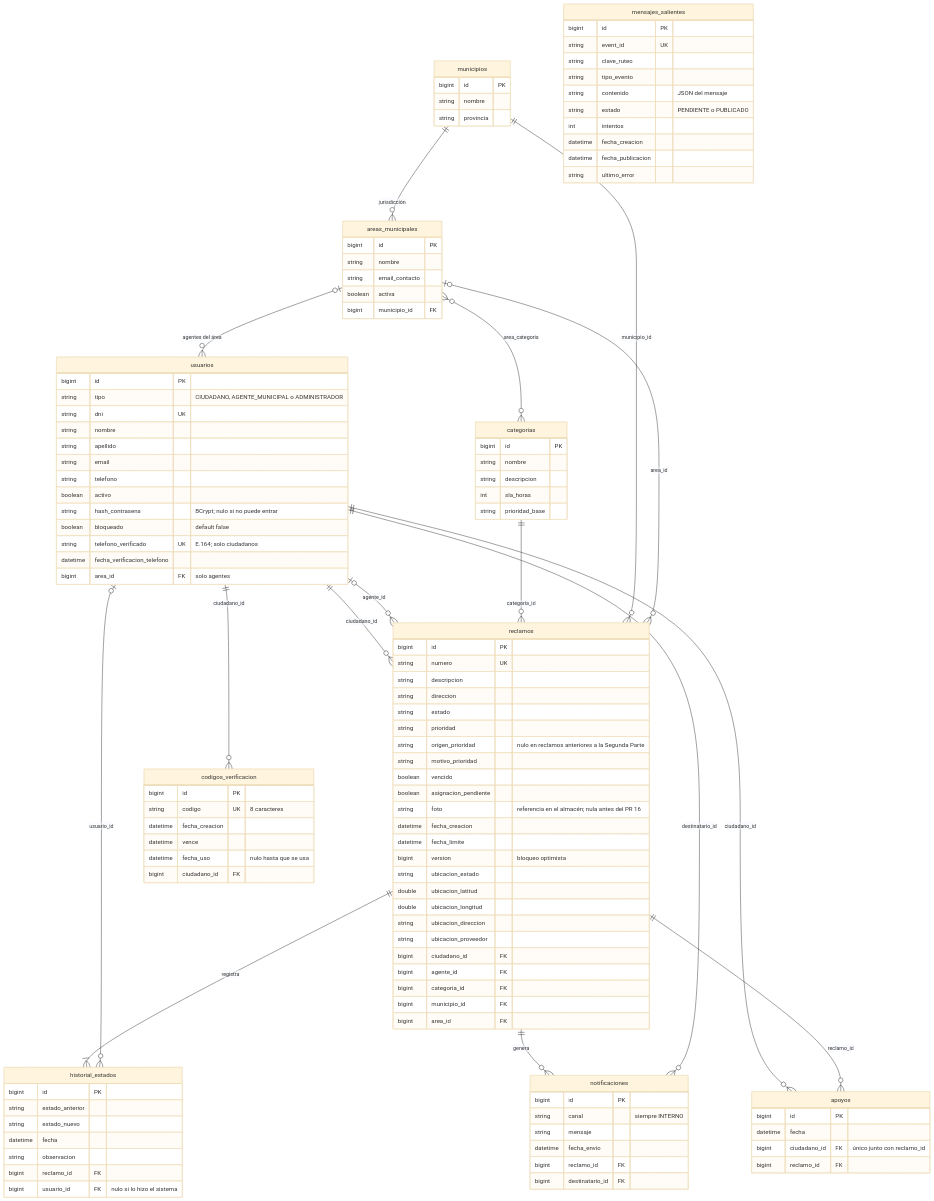
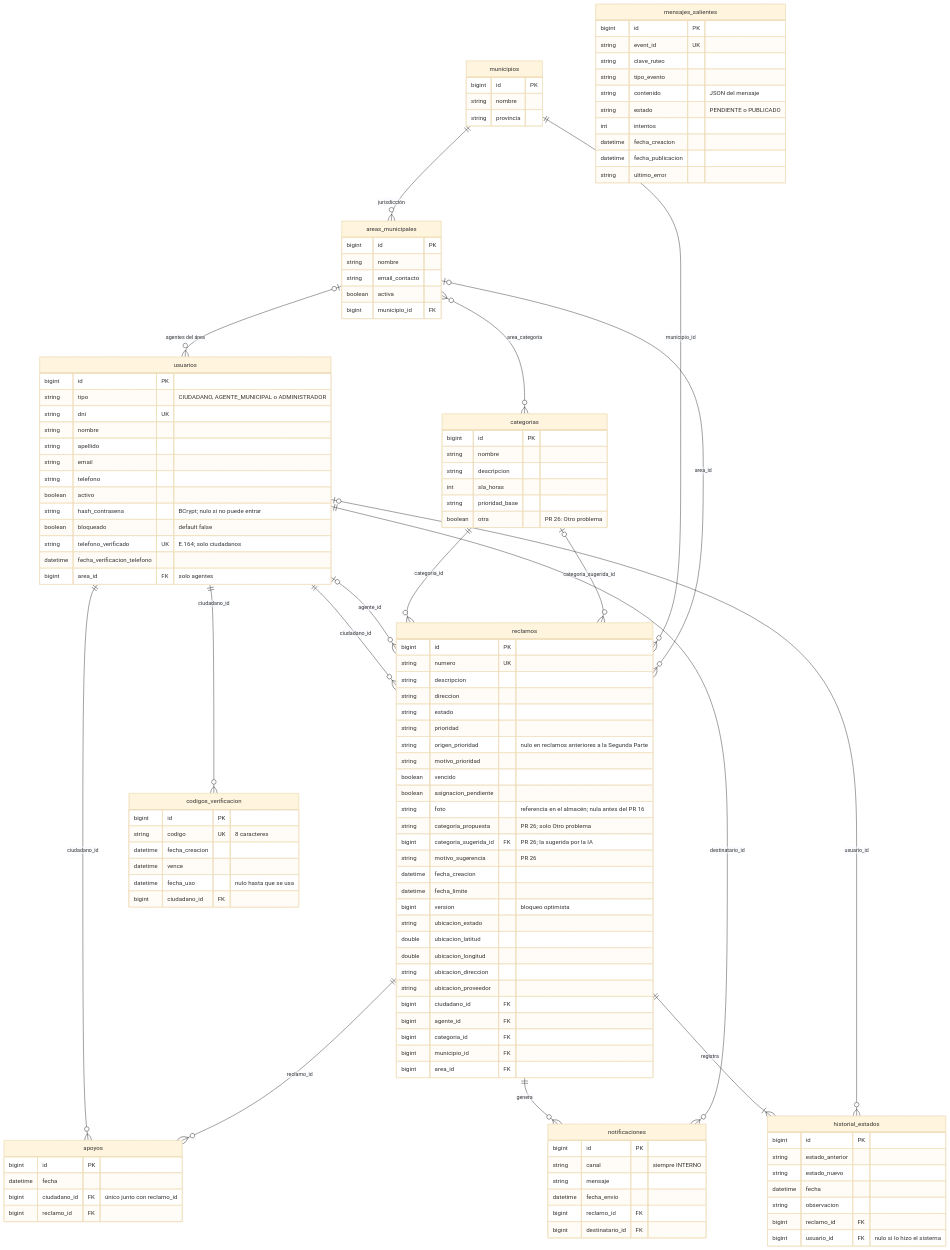
The second of 2 diagrams in docs/modelo-dominio.md (SanTegli/DesarrolloAppsIIGrupo10), drawn with Mermaid (base theme) before and after one commit. The commit also changed other lines of this file and 106 other files, not shown here.

First line of the commit message:
feat: categoría "Otro problema" con sugerencia de la IA y recategorización

```diff
--- a/docs/modelo-dominio.md
+++ b/docs/modelo-dominio.md
@@ -239,6 +250,7 @@
   usuarios ||--o{ reclamos : "ciudadano_id"
   usuarios |o--o{ reclamos : "agente_id"
   categorias ||--o{ reclamos : "categoria_id"
+  categorias |o--o{ reclamos : "categoria_sugerida_id"
   municipios ||--o{ reclamos : "municipio_id"
   areas_municipales |o--o{ reclamos : "area_id"
   reclamos ||--|{ historial_estados : registra
@@ -275,6 +287,7 @@
     string descripcion
     int sla_horas
     string prioridad_base
+    boolean otra "PR 26: Otro problema"
   }
   areas_municipales {
     bigint id PK
@@ -295,6 +308,9 @@
     boolean vencido
     boolean asignacion_pendiente
     string foto "referencia en el almacén; nula antes del PR 16"
+    string categoria_propuesta "PR 26; solo Otro problema"
+    bigint categoria_sugerida_id FK "PR 26; la sugerida por la IA"
+    string motivo_sugerencia "PR 26"
     datetime fecha_creacion
     datetime fecha_limite
     bigint version "bloqueo optimista"
```
